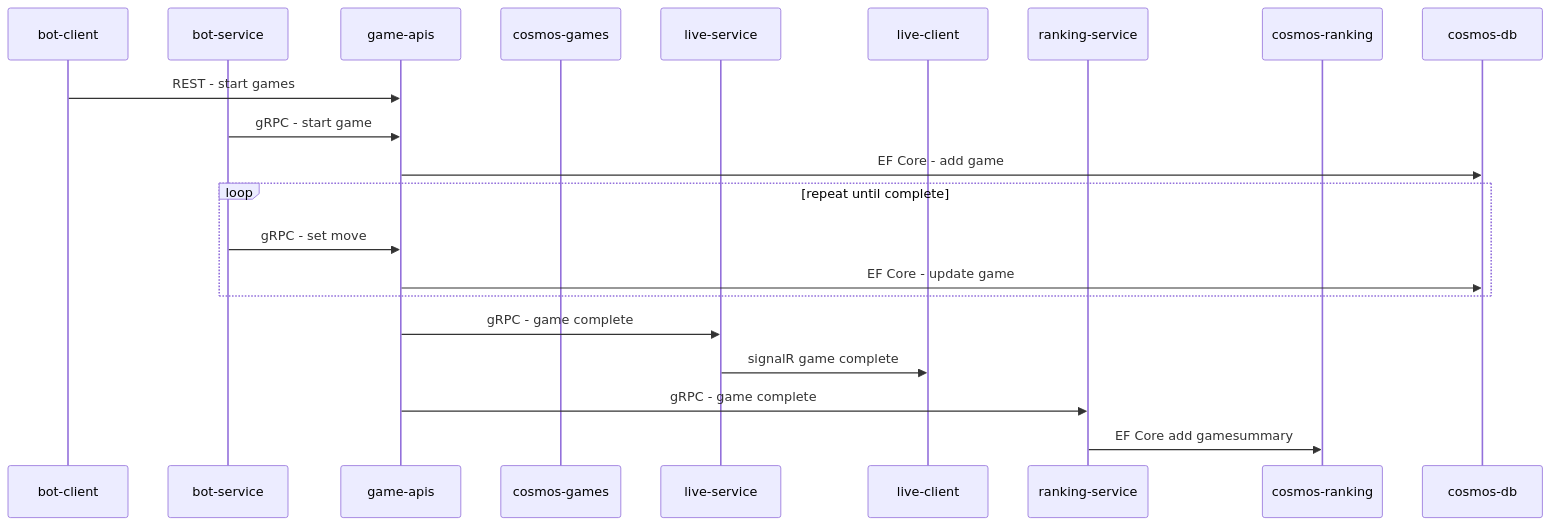
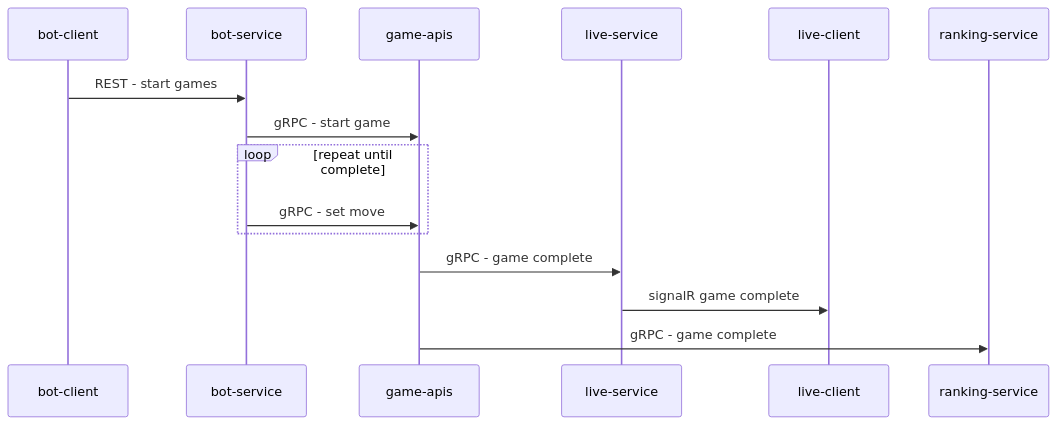
The diagram in ch15/sequence-connected.md (PacktPublishing/Pragmatic-Microservices-with-CSharp-and-Azure), drawn with Mermaid before and after one commit.

Commit message:
simplify sequence-connected.md

````diff
--- a/ch15/sequence-connected.md
+++ b/ch15/sequence-connected.md
@@ -1,23 +1,18 @@
 ```mermaid
 sequenceDiagram
   participant bot-client
   participant bot-service
   participant game-apis
-  participant cosmos-games
   participant live-service
   participant live-client
   participant ranking-service
-  participant cosmos-ranking
 
-  bot-client->>game-apis: REST - start games
+  bot-client->>bot-service: REST - start games
   bot-service->>game-apis: gRPC - start game
-  game-apis->>cosmos-db: EF Core - add game
   loop repeat until complete
     bot-service->>game-apis: gRPC - set move
-    game-apis->>cosmos-db: EF Core - update game
   end
   game-apis->>live-service: gRPC - game complete
   live-service->>live-client: signalR game complete
   game-apis->>ranking-service: gRPC - game complete
-  ranking-service->>cosmos-ranking: EF Core add gamesummary
 ```
````
